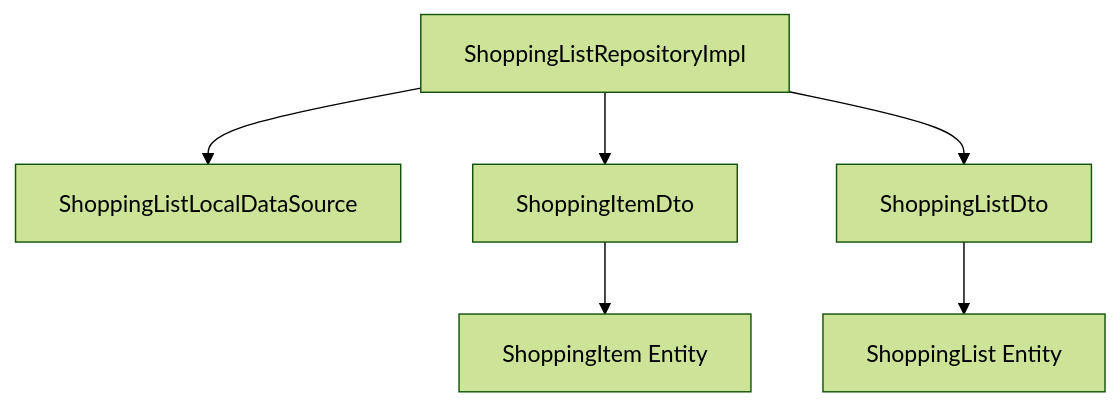
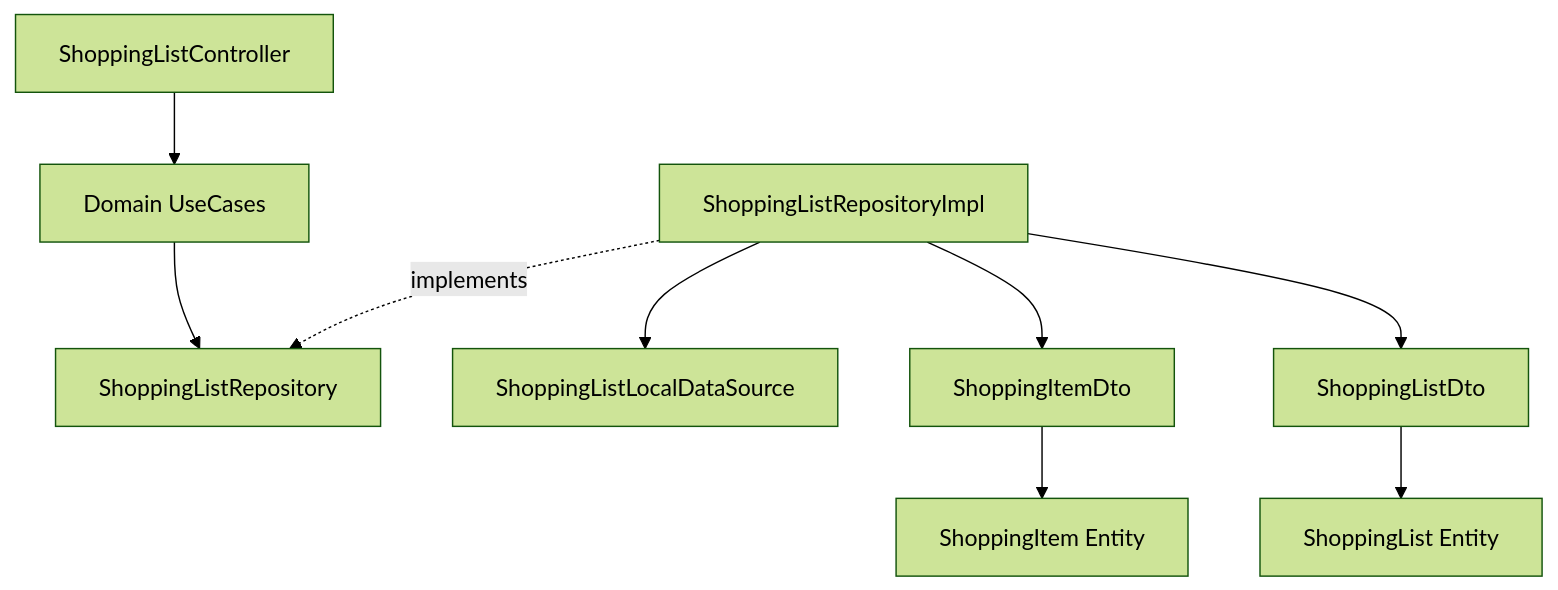
The diagram in docs/shopping_list.md (guyc2/ShoppingExplore), drawn with Mermaid (forest theme) before and after one commit. The commit also changed other lines of this file and 11 other files, not shown here.

````diff
--- a/docs/shopping_list.md
+++ b/docs/shopping_list.md
@@ -21,8 +23,11 @@
 ```mermaid
 flowchart TD
-    RepoImpl[ShoppingListRepositoryImpl] --> LocalDS[ShoppingListLocalDataSource]
+    Controller[ShoppingListController] --> UseCases[Domain UseCases]
+    UseCases --> RepoInterface[ShoppingListRepository]
+    RepoImpl[ShoppingListRepositoryImpl] -. implements .-> RepoInterface
+    RepoImpl --> LocalDS[ShoppingListLocalDataSource]
     RepoImpl --> ItemDto[ShoppingItemDto]
     ItemDto --> ItemEntity[ShoppingItem Entity]
     RepoImpl --> ListDto[ShoppingListDto]
     ListDto --> ListEntity[ShoppingList Entity]
 ```
````
